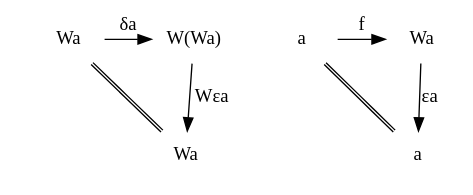
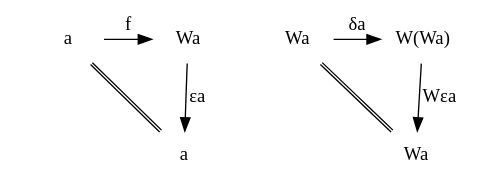
One commit to evenbrenden/ct4p-challenges changed the diagram in chapter25-challenge2-triangular-identities.dot. Above: the diagram before and after it, drawn with Graphviz. The commit also changed other lines of this file and 2 other files, not shown here.

```diff
--- a/chapter25-challenge2-triangular-identities.dot
+++ b/chapter25-challenge2-triangular-identities.dot
@@ -1,27 +1,27 @@
 digraph {
   node [shape=plaintext]
+
+  aL2 [label="a"]
+  aR2 [label="a"]
+  Wa2 [label="Wa"]
+  dummy2 [style=invis]
+
+  { rank=same aL2 Wa2 }
+
+  aL2 -> Wa2 [label="f"]
+  Wa2 -> aR2 [label="εa"]
+  aL2 -> aR2 [label="" color="black:black" arrowhead=none]
+  aL2 -> dummy2 [style=invis]
 
   WaL1 [label="Wa"]
   WaR1 [label="Wa"]
   WWa1 [label="W(Wa)"]
   dummy1 [style=invis]
 
   { rank=same WaL1 WWa1 }
 
   WaL1 -> WWa1 [label="δa"]
   WWa1 -> WaR1 [label="Wεa"]
   WaL1 -> WaR1 [label="" color="black:black" arrowhead=none]
   WaL1 -> dummy1 [style=invis]
-
-  aL2 [label="a"]
-  aR2 [label="a"]
-  Wa2 [label="Wa"]
-  dummy2 [style=invis]
-
-  { rank=same aL2 Wa2 }
-
-  aL2 -> Wa2 [label="f"]
-  Wa2 -> aR2 [label="εa"]
-  aL2 -> aR2 [label="" color="black:black" arrowhead=none]
-  aL2 -> dummy2 [style=invis]
 }
```
